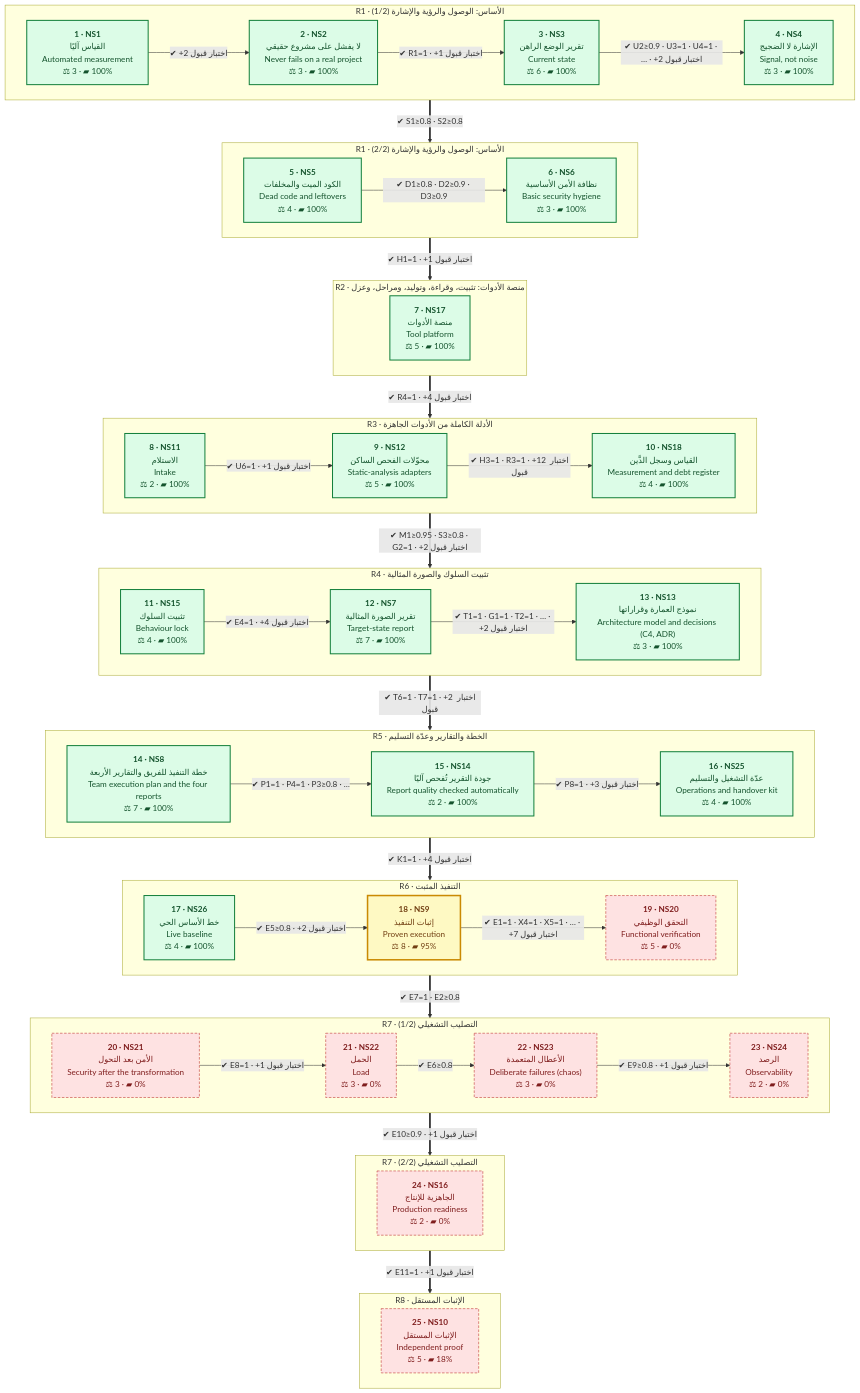
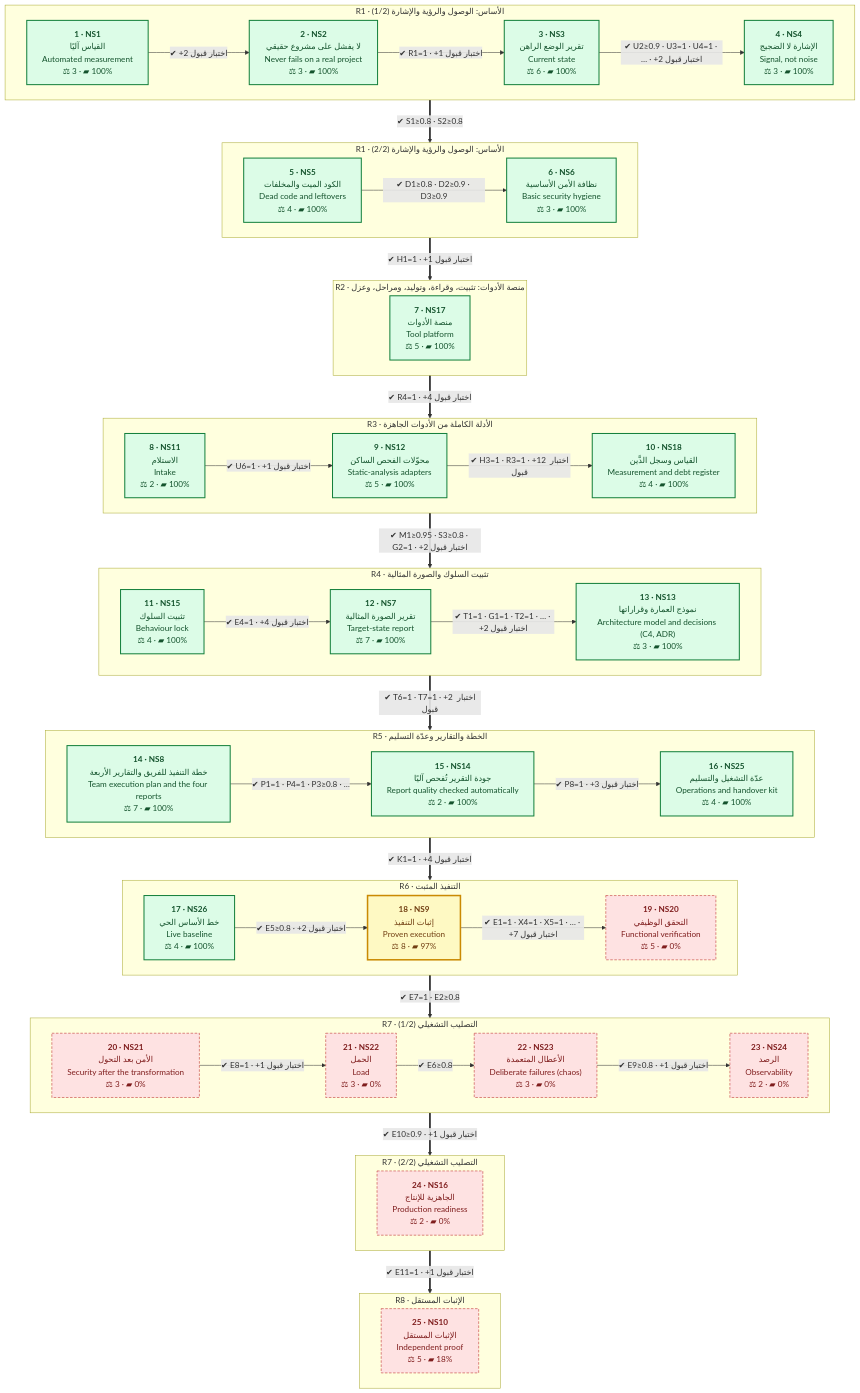
Before and after one commit to eom1417/engineering-audit-os: the second of 2 diagrams in README.md, drawn with Mermaid. The commit also changed other lines of this file and 6 other files, not shown here.

```diff
--- a/README.md
+++ b/README.md
@@ -290,7 +290,7 @@
     subgraph R6_1["R6 · التنفيذ المثبت"]
         direction LR
         NS26["<b>17 · NS26</b><br/>خط الأساس الحي<br/>Live baseline<br/>⚖ 4 · ▰ 100%"]:::done
-        NS9["<b>18 · NS9</b><br/>إثبات التنفيذ<br/>Proven execution<br/>⚖ 8 · ▰ 95%"]:::current
+        NS9["<b>18 · NS9</b><br/>إثبات التنفيذ<br/>Proven execution<br/>⚖ 8 · ▰ 97%"]:::current
         NS20["<b>19 · NS20</b><br/>التحقق الوظيفي<br/>Functional verification<br/>⚖ 5 · ▰ 0%"]:::owner
         NS26 -->|"✔ E5≥0.8 · +2 اختبار قبول"| NS9
         NS9 -->|"✔ E1=1 · X4=1 · X5=1 · … · +7 اختبار قبول"| NS20
```
